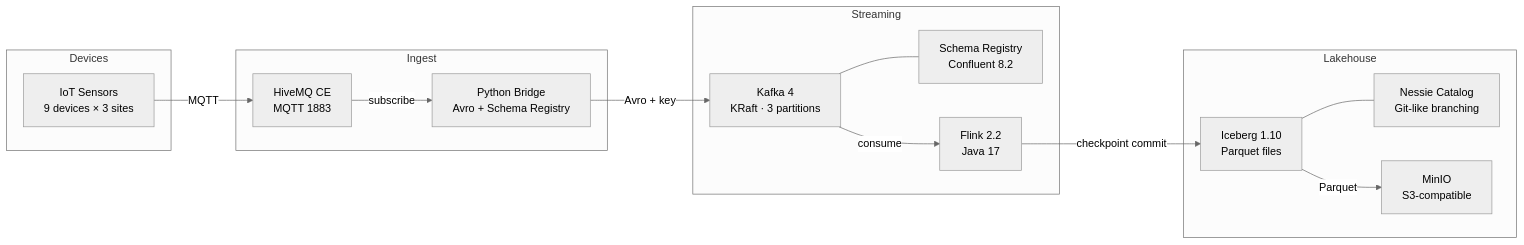
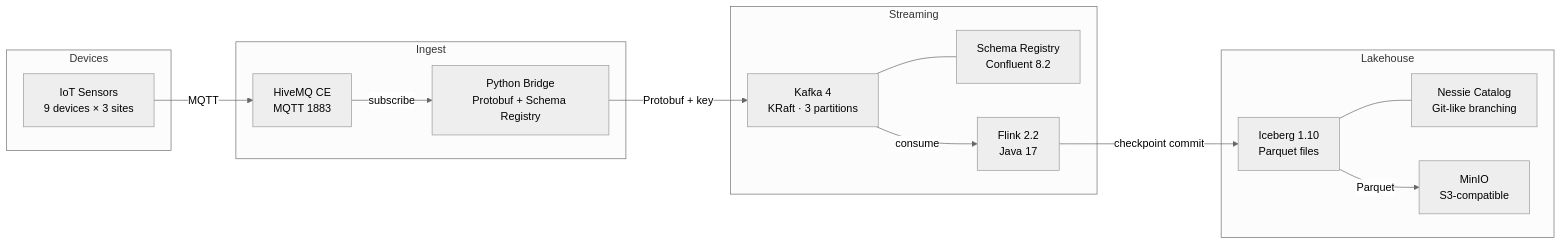
One commit to ghoshp83/iot-lakehouse-flink-iceberg changed the diagram in README.md. Above: the diagram before and after it, drawn with Mermaid (neutral theme). The commit also changed other lines of this file and 9 other files, not shown here.

First line of the commit message:
R2: switch wire format from Avro to Protobuf via Schema Registry

````diff
--- a/README.md
+++ b/README.md
@@ -7,32 +7,32 @@
 ```mermaid
 flowchart LR
     subgraph Devices
         S[IoT Sensors<br/>9 devices × 3 sites]
     end
 
     subgraph Ingest
         HMQ[HiveMQ CE<br/>MQTT 1883]
-        BR[Python Bridge<br/>Avro + Schema Registry]
+        BR[Python Bridge<br/>Protobuf + Schema Registry]
     end
 
     subgraph Streaming
         K[Kafka 4<br/>KRaft · 3 partitions]
         SR[Schema Registry<br/>Confluent 8.2]
         FL[Flink 2.2<br/>Java 17]
     end
 
     subgraph Lakehouse
         ICE[Iceberg 1.10<br/>Parquet files]
         NES[Nessie Catalog<br/>Git-like branching]
         MINIO[MinIO<br/>S3-compatible]
     end
 
     S -->|MQTT| HMQ
     HMQ -->|subscribe| BR
-    BR -->|Avro + key| K
+    BR -->|Protobuf + key| K
     K --- SR
     K -->|consume| FL
     FL -->|checkpoint commit| ICE
     ICE --- NES
     ICE -->|Parquet| MINIO
 ```
````
